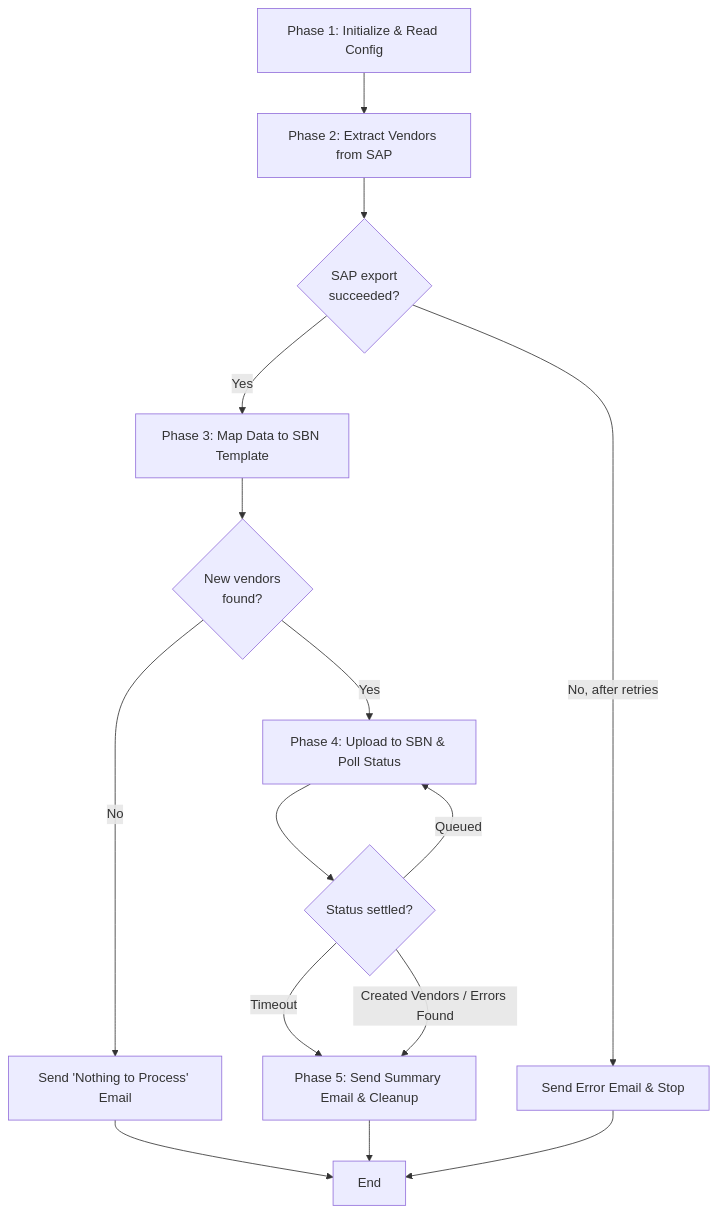
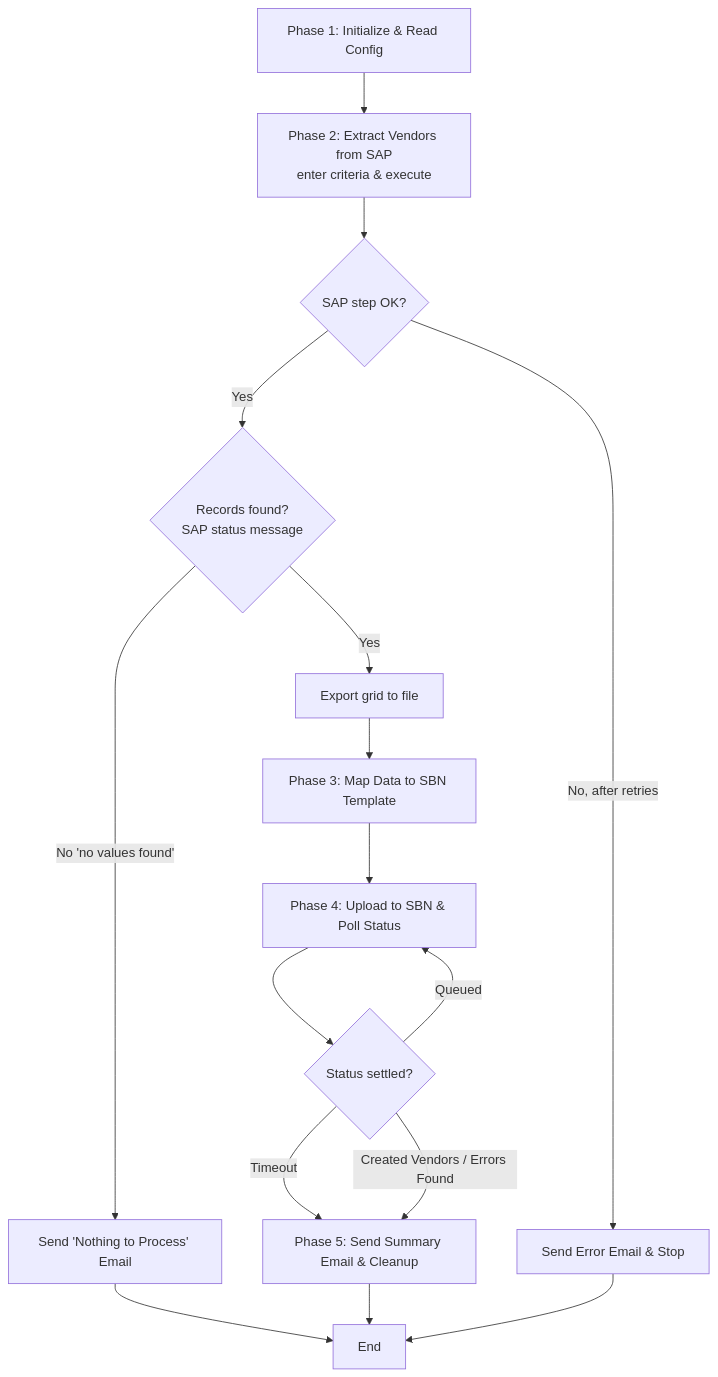
Before and after one commit to vitep111/RPA: the diagram in vendor-sbn-upload-bot/docs/high-level-design.md, drawn with Mermaid. The commit also changed other lines of this file and 2 other files, not shown here.

Commit message:
Move empty-day check into Phase 2 (SAP no-records message)
Detect an empty result at the SAP extraction step via SE16N's 'no values
were found' status message right after execute, branching to the
'nothing to process' email before any export/mapping. Vendor count and
IDs for the summary email are still captured in Phase 3. Updated
high-level design, phase-flow diagram, and progress tracker.

Claude-Session: https://claude.ai/code/session_01MhK7tjqWxUjQdbGPEpmgFo

````diff
--- a/vendor-sbn-upload-bot/docs/high-level-design.md
+++ b/vendor-sbn-upload-bot/docs/high-level-design.md
@@ -34,17 +34,17 @@
 ```mermaid
 graph TD
-    A[Phase 1: Initialize & Read Config] --> B[Phase 2: Extract Vendors from SAP]
-    B --> Bok{SAP export<br/>succeeded?}
+    A[Phase 1: Initialize & Read Config] --> B[Phase 2: Extract Vendors from SAP<br/>enter criteria & execute]
+    B --> Bok{SAP step OK?}
     Bok -->|No, after retries| ERR[Send Error Email & Stop]
-    Bok -->|Yes| C[Phase 3: Map Data to SBN Template]
-    C --> Cnt{New vendors<br/>found?}
-    Cnt -->|No| NP[Send 'Nothing to Process' Email]
-    Cnt -->|Yes| D[Phase 4: Upload to SBN & Poll Status]
+    Bok -->|Yes| Rec{Records found?<br/>SAP status message}
+    Rec -->|No 'no values found'| NP[Send 'Nothing to Process' Email]
+    Rec -->|Yes| Exp[Export grid to file] --> C[Phase 3: Map Data to SBN Template]
+    C --> D[Phase 4: Upload to SBN & Poll Status]
     D --> Poll{Status settled?}
     Poll -->|Queued| D
     Poll -->|Timeout| E
     Poll -->|Created Vendors / Errors Found| E[Phase 5: Send Summary Email & Cleanup]
     NP --> F[End]
     E --> F[End]
     ERR --> F[End]
 ```
````
